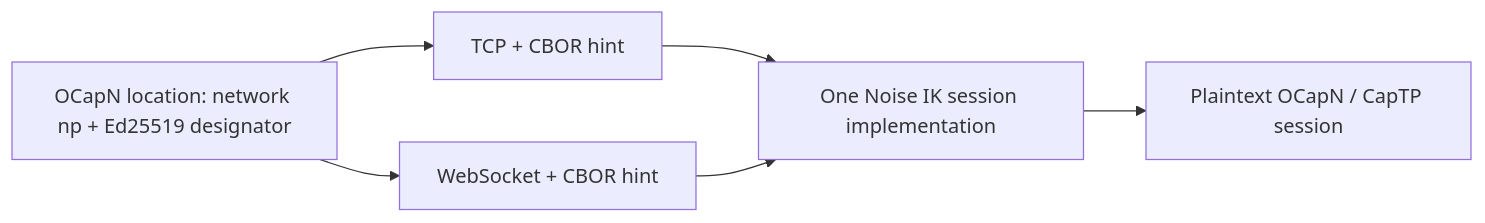
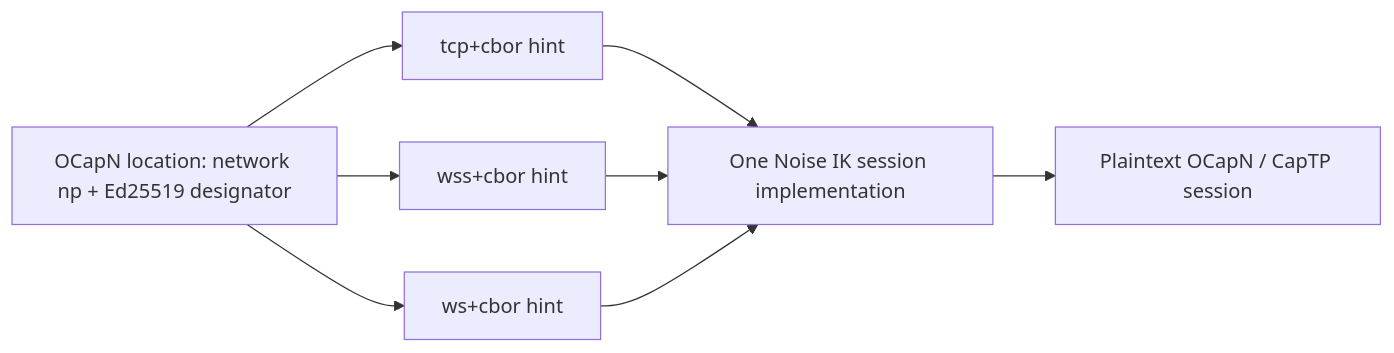
Before and after one commit to endojs/endo-but-for-bots: the diagram in designs/ocapn-network-transport-separation.md, drawn with Mermaid. The commit also changed other lines of this file, not shown here.

First line of the commit message:
docs(ocapn): require WebSocket path in hint and clarify codec axis

````diff
--- a/designs/ocapn-network-transport-separation.md
+++ b/designs/ocapn-network-transport-separation.md
@@ -43,9 +43,11 @@
 ```mermaid
 flowchart LR
     location[OCapN location: network np + Ed25519 designator]
-    location --> tcp[TCP + CBOR hint]
-    location --> ws[WebSocket + CBOR hint]
+    location --> tcp["tcp+cbor hint"]
+    location --> wss["wss+cbor hint"]
+    location --> ws["ws+cbor hint"]
     tcp --> noise[One Noise IK session implementation]
+    wss --> noise
     ws --> noise
     noise --> captp[Plaintext OCapN / CapTP session]
 ```
````
